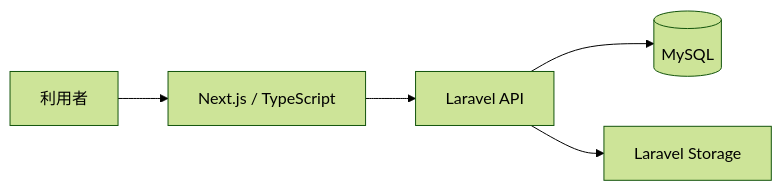
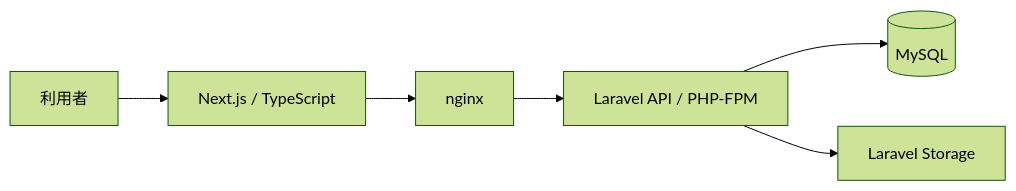
Before and after one commit to nasu-masa/Animal-Album-App: the first of 2 diagrams in README.md, drawn with Mermaid (forest theme). The commit also changed other lines of this file and 2 other files, not shown here.

````diff
--- a/README.md
+++ b/README.md
@@ -125,13 +171,15 @@
 ```mermaid
 flowchart LR
     User[利用者]
     Frontend[Next.js / TypeScript]
-    Backend[Laravel API]
+    Nginx[nginx]
+    Backend[Laravel API / PHP-FPM]
     Database[(MySQL)]
     Storage[Laravel Storage]
 
     User --> Frontend
-    Frontend --> Backend
+    Frontend --> Nginx
+    Nginx --> Backend
     Backend --> Database
     Backend --> Storage
 ```
````
